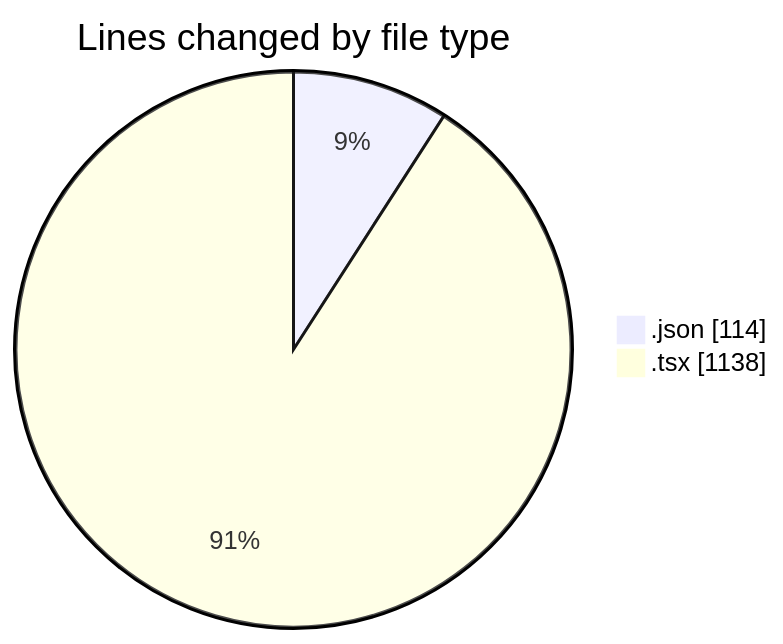
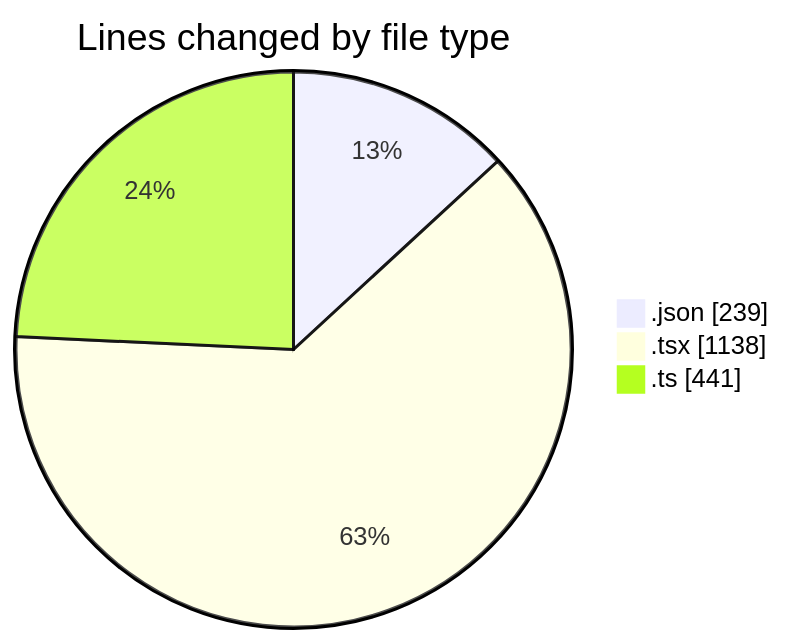
The first of 2 diagrams in 2025-11-17/eventscop-frontend-guide__workspace_/README.md (julien-gomy/code-tracking), drawn with Mermaid before and after one commit. The commit also changed other lines of this file and 1 other file, not shown here.

````diff
--- a/2025-11-17/eventscop-frontend-guide__workspace_/README.md
+++ b/2025-11-17/eventscop-frontend-guide__workspace_/README.md
@@ -25,6 +27,7 @@
 ```mermaid
 pie showData
 title Lines changed by file type
-".json" : 114
+".json" : 239
 ".tsx" : 1138
+".ts" : 441
 ```
````
